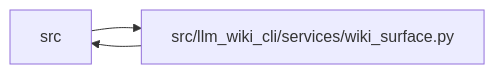
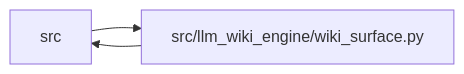
One commit to Denissvgn/python-wiki-llm changed the diagram in docs/llm_wiki/modules/wiki_surface.md. Above: the diagram before and after it, drawn with Mermaid. The commit also changed other lines of this file and 1103 other files, not shown here.

First line of the commit message:
docs: refresh the wiki for the llm-wiki-engine distribution

````diff
--- a/docs/llm_wiki/modules/wiki_surface.md
+++ b/docs/llm_wiki/modules/wiki_surface.md
@@ -28,8 +28,8 @@
 ```mermaid
 flowchart LR
     n0["src"]
-    n1["src/llm_wiki_cli/services/wiki_surface.py"]
+    n1["src/llm_wiki_engine/wiki_surface.py"]
     n0 --> n1
     n1 --> n0
     click n1 "../modules/wiki_surface.md"
 ```
````
